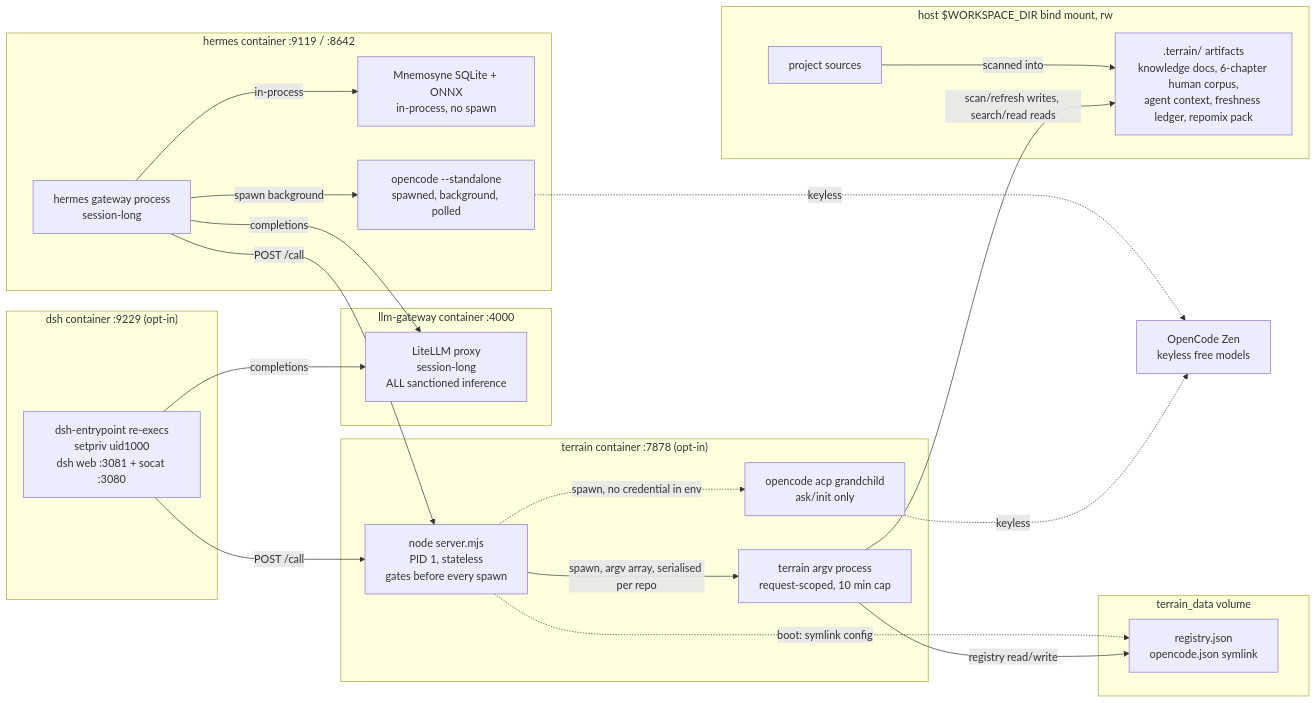
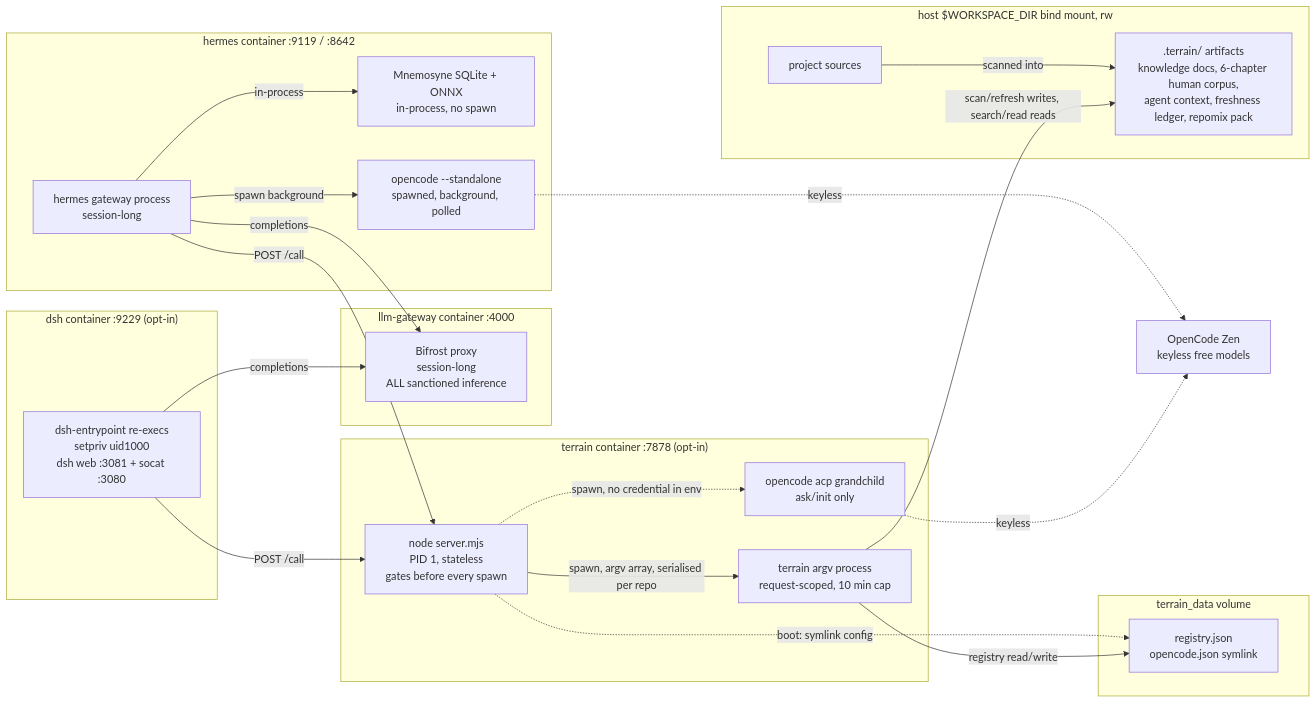
The second of 3 diagrams in docs/architecture.md (ayedaemon/pai-stack), drawn with Mermaid before and after one commit. The commit also changed other lines of this file and 14 other files, not shown here.

````diff
--- a/docs/architecture.md
+++ b/docs/architecture.md
@@ -80,60 +80,60 @@
 ```mermaid
 flowchart LR
     subgraph HERMES["hermes container :9119 / :8642"]
         H["hermes gateway process<br/>session-long"]
         MEM["Mnemosyne SQLite + ONNX<br/>in-process, no spawn"]
         DEL["opencode --standalone<br/>spawned, background, polled"]
     end
 
     subgraph DSHC["dsh container :9229 (opt-in)"]
         DH["dsh-entrypoint re-execs<br/>setpriv uid1000<br/>dsh web :3081 + socat :3080"]
     end
 
     subgraph GWC["llm-gateway container :4000"]
-        GW["LiteLLM proxy<br/>session-long<br/>ALL sanctioned inference"]
+        GW["Bifrost proxy<br/>session-long<br/>ALL sanctioned inference"]
     end
 
     subgraph TRC["terrain container :7878 (opt-in)"]
         SHIM["node server.mjs<br/>PID 1, stateless<br/>gates before every spawn"]
         CLI["terrain argv process<br/>request-scoped, 10 min cap"]
         ACP["opencode acp grandchild<br/>ask/init only"]
     end
 
     subgraph VOL["terrain_data volume"]
         REG["registry.json<br/>opencode.json symlink"]
     end
 
     subgraph WSS["host $WORKSPACE_DIR bind mount, rw"]
         SRC["project sources"]
         IDX[".terrain/ artifacts<br/>knowledge docs, 6-chapter human corpus,<br/>agent context, freshness ledger, repomix pack"]
     end
 
     ZEN["OpenCode Zen<br/>keyless free models"]
 
     H -->|"in-process"| MEM
     H -->|"POST /call"| SHIM
     DH -->|"POST /call"| SHIM
     H -->|"completions"| GW
     DH -->|"completions"| GW
     H -->|"spawn background"| DEL
     DEL -.->|"keyless"| ZEN
     SHIM -->|"spawn, argv array, serialised per repo"| CLI
     SHIM -.->|"boot: symlink config"| REG
     SHIM -.->|"spawn, no credential in env"| ACP
     ACP -.->|"keyless"| ZEN
     CLI -->|"registry read/write"| REG
     SRC -->|"scanned into"| IDX
     CLI -->|"scan/refresh writes, search/read reads"| IDX
     click H "hermes.md"
     click MEM "hermes.md"
     click DEL "delegation.md"
     click DH "dsh.md"
     click GW "llm-gateway.md"
     click SHIM "terrain.md"
     click CLI "terrain.md"
     click ACP "terrain.md"
     click REG "terrain.md"
     click IDX "terrain.md"
     click SRC "architecture.md"
     click ZEN "terrain.md"
 ```
````
